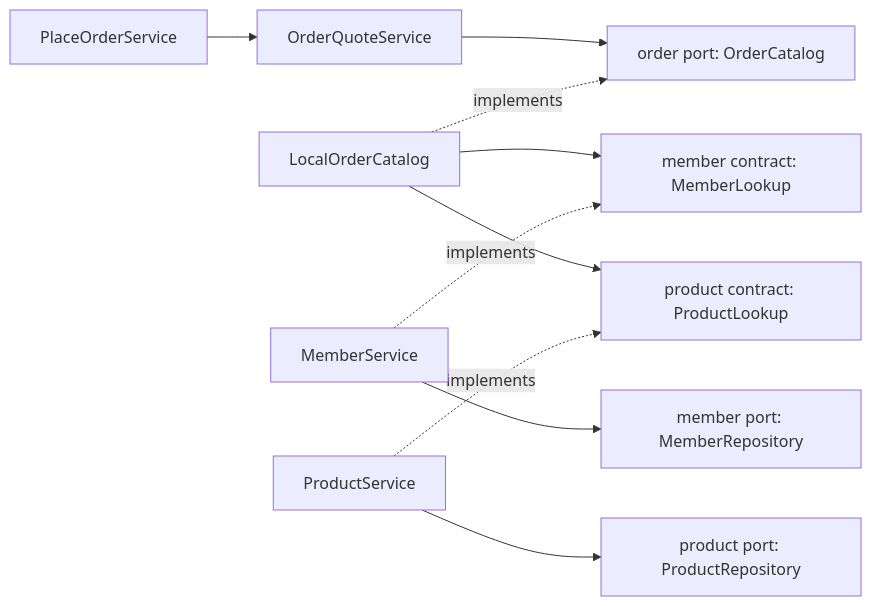
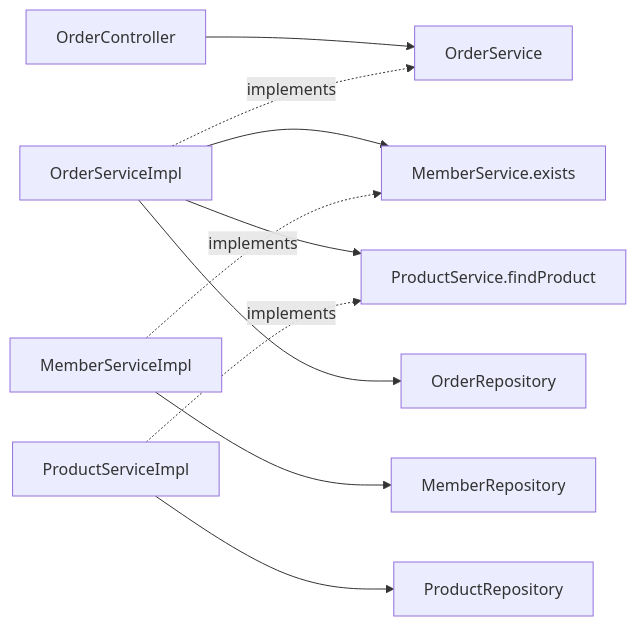
The diagram in docs/learning/13-feature-boundaries-and-growth.md (vaders-hub/spring-gateway-docker-sample), drawn with Mermaid before and after one commit. The commit also changed other lines of this file and 162 other files, not shown here.

First line of the commit message:
refactor: adopt service and repository package structure

````diff
--- a/docs/learning/13-feature-boundaries-and-growth.md
+++ b/docs/learning/13-feature-boundaries-and-growth.md
@@ -69,12 +41,12 @@
 ```mermaid
 flowchart LR
-    P[PlaceOrderService] --> Q[OrderQuoteService]
-    Q --> OC[order port: OrderCatalog]
-    A[LocalOrderCatalog] -. implements .-> OC
-    A --> ML[member contract: MemberLookup]
-    A --> PL[product contract: ProductLookup]
-    MS[MemberService] -. implements .-> ML
-    PS[ProductService] -. implements .-> PL
-    MS --> MR[member port: MemberRepository]
-    PS --> PR[product port: ProductRepository]
+    C[OrderController] --> S[OrderService]
+    I[OrderServiceImpl] -. implements .-> S
+    I --> M[MemberService.exists]
+    I --> P[ProductService.findProduct]
+    I --> R[OrderRepository]
+    MI[MemberServiceImpl] -. implements .-> M
+    PI[ProductServiceImpl] -. implements .-> P
+    MI --> MR[MemberRepository]
+    PI --> PR[ProductRepository]
 ```
````
